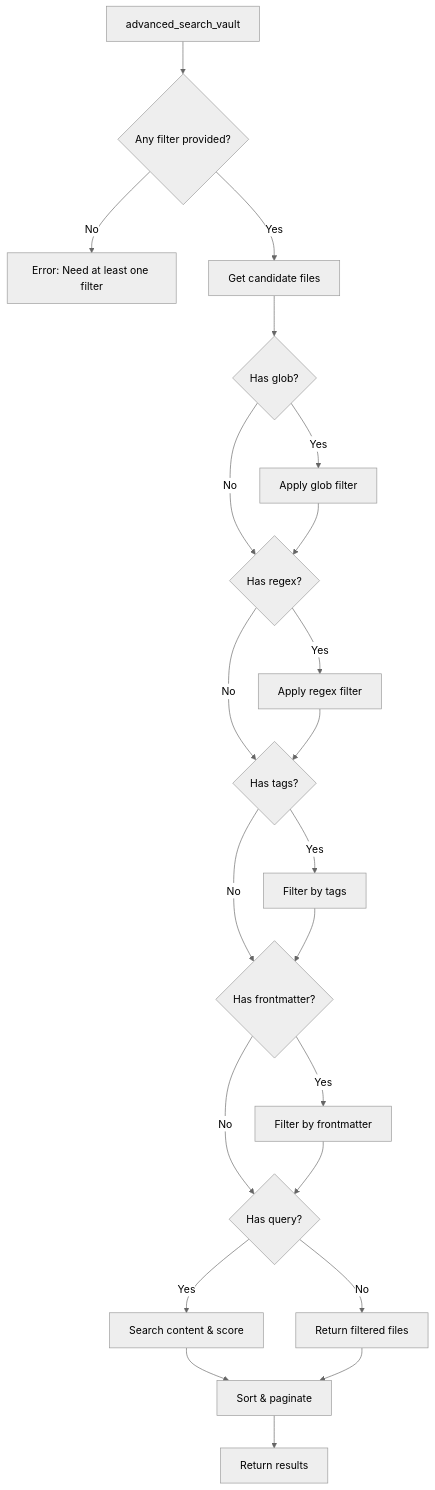
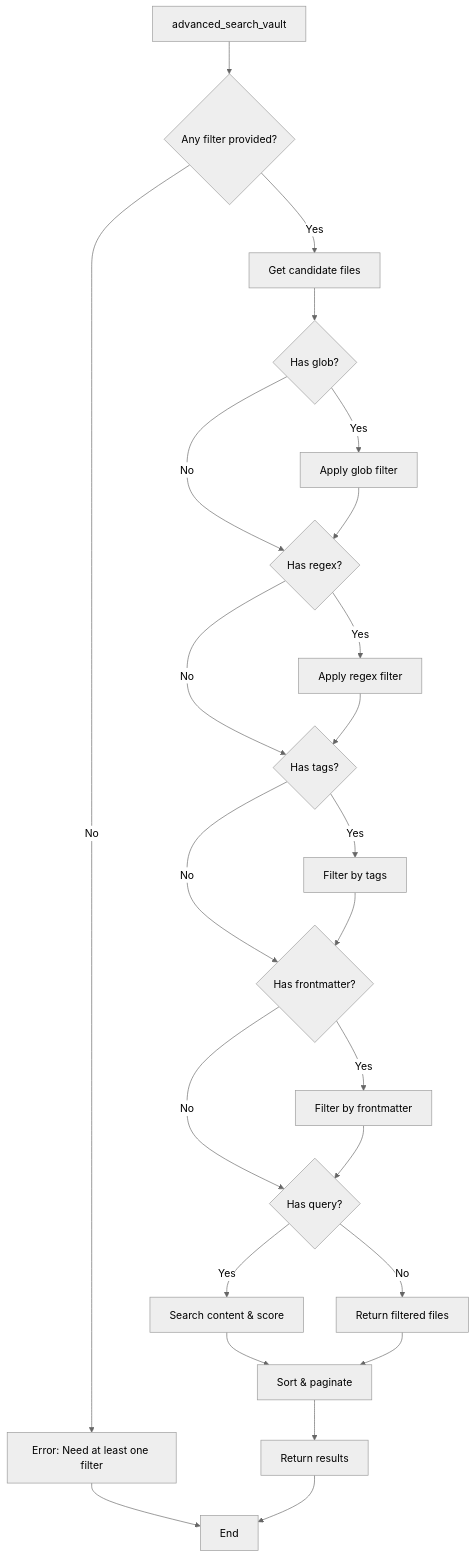
The diagram in docs/tools/advanced_search_vault.md (markheramis/obsidian-mcp), drawn with Mermaid (neutral theme) before and after one commit. The commit also changed 12 other files, not shown here.

````diff
--- a/docs/tools/advanced_search_vault.md
+++ b/docs/tools/advanced_search_vault.md
@@ -126,24 +126,28 @@
 ```mermaid
 flowchart TD
+    Z[End]
     A[advanced_search_vault] --> B{Any filter provided?}
     B -->|No| C[Error: Need at least one filter]
     B -->|Yes| D[Get candidate files]
     D --> E{Has glob?}
     E -->|Yes| F[Apply glob filter]
     E -->|No| G{Has regex?}
     F --> G
     G -->|Yes| H[Apply regex filter]
     G -->|No| I{Has tags?}
     H --> I
     I -->|Yes| J[Filter by tags]
     I -->|No| K{Has frontmatter?}
     J --> K
     K -->|Yes| L[Filter by frontmatter]
     K -->|No| M{Has query?}
     L --> M
     M -->|Yes| N[Search content & score]
     M -->|No| O[Return filtered files]
     N --> P[Sort & paginate]
     O --> P
     P --> Q[Return results]
+    C --> Z
+    Q --> Z
+    
 ```
````
